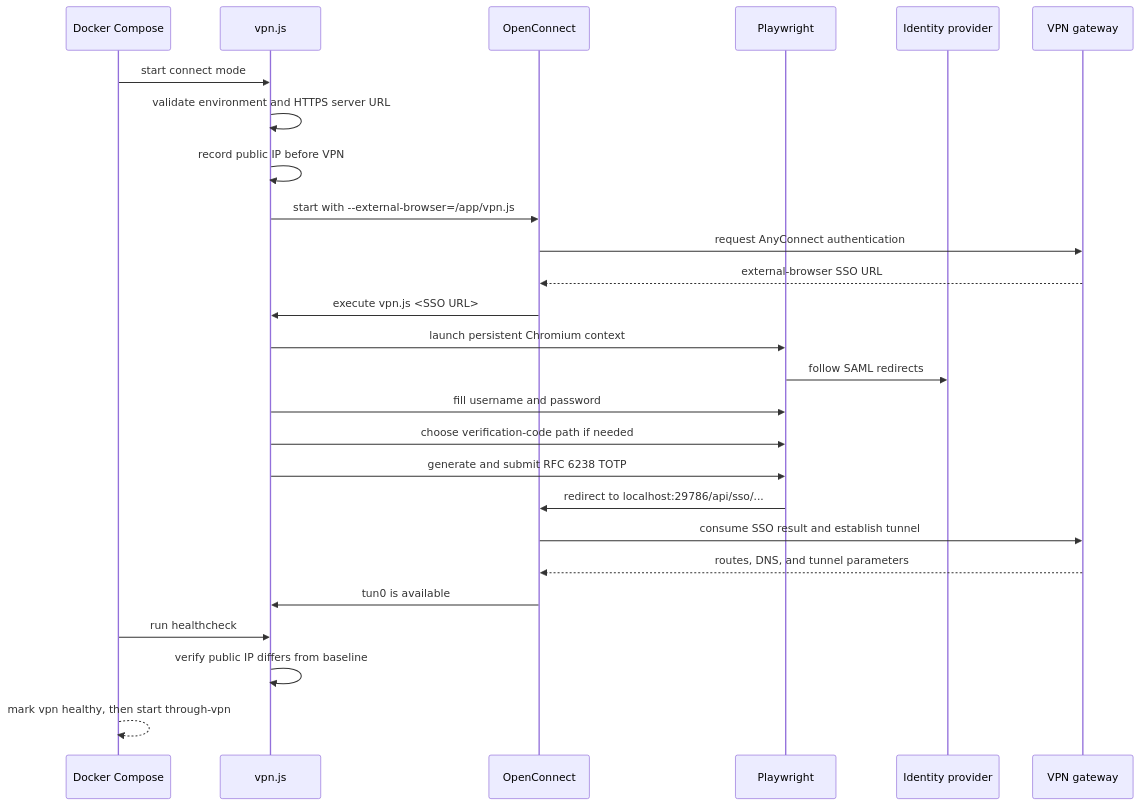
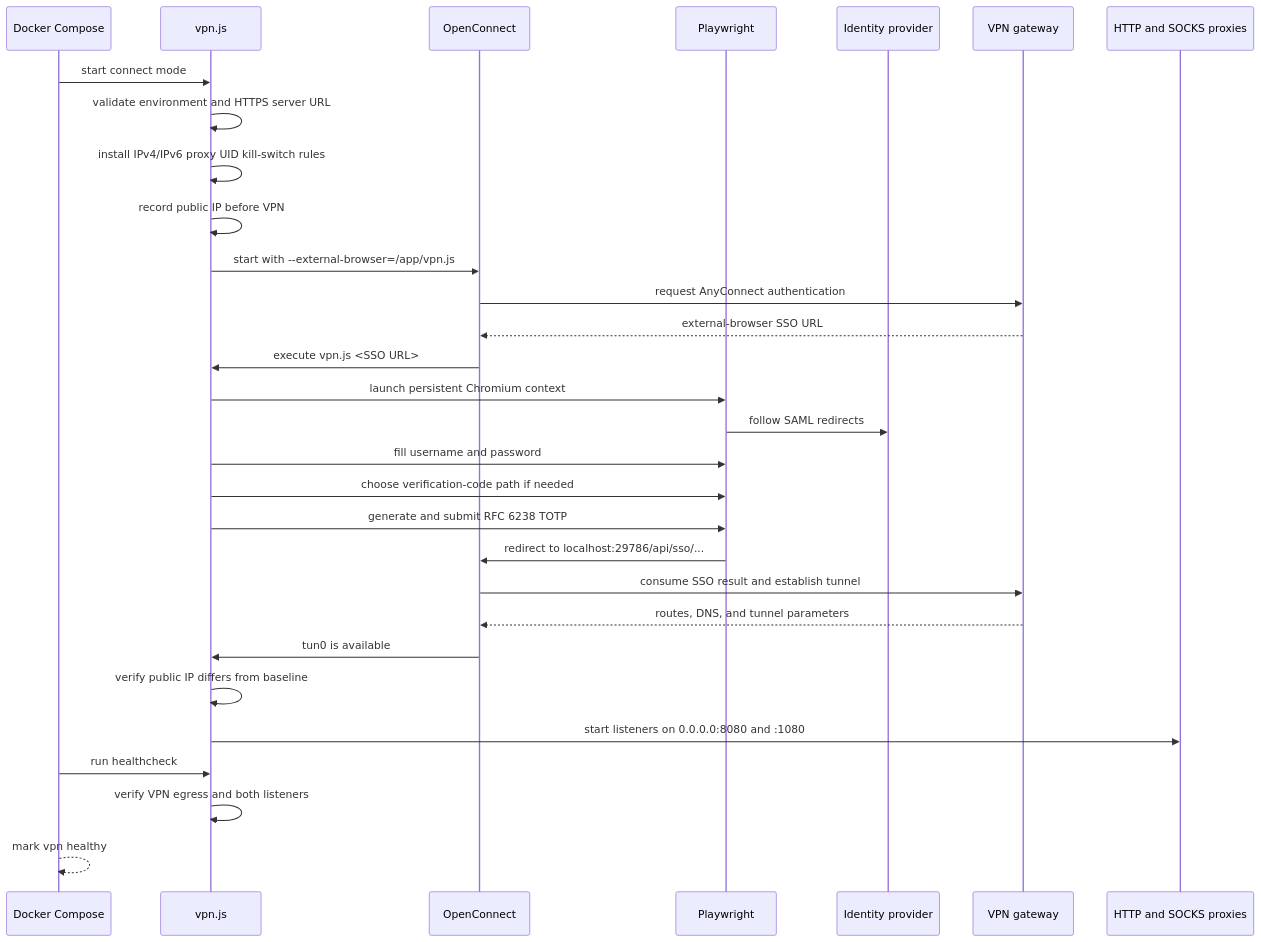
Before and after one commit to cjangrist/anyconnect-browser-auth: the second of 2 diagrams in with-compose/README.md, drawn with Mermaid. The commit also changed other lines of this file and 4 other files, not shown here.

Commit message:
feat(vpn): add fail-closed HTTP and SOCKS proxies

````diff
--- a/with-compose/README.md
+++ b/with-compose/README.md
@@ -83,29 +90,33 @@
 ```mermaid
 sequenceDiagram
     participant Compose as Docker Compose
     participant Supervisor as vpn.js
     participant OC as OpenConnect
     participant Browser as Playwright
     participant IdP as Identity provider
     participant Gateway as VPN gateway
+    participant Proxies as HTTP and SOCKS proxies
 
     Compose->>Supervisor: start connect mode
     Supervisor->>Supervisor: validate environment and HTTPS server URL
+    Supervisor->>Supervisor: install IPv4/IPv6 proxy UID kill-switch rules
     Supervisor->>Supervisor: record public IP before VPN
     Supervisor->>OC: start with --external-browser=/app/vpn.js
     OC->>Gateway: request AnyConnect authentication
     Gateway-->>OC: external-browser SSO URL
     OC->>Supervisor: execute vpn.js <SSO URL>
     Supervisor->>Browser: launch persistent Chromium context
     Browser->>IdP: follow SAML redirects
     Supervisor->>Browser: fill username and password
     Supervisor->>Browser: choose verification-code path if needed
     Supervisor->>Browser: generate and submit RFC 6238 TOTP
     Browser->>OC: redirect to localhost:29786/api/sso/...
     OC->>Gateway: consume SSO result and establish tunnel
     Gateway-->>OC: routes, DNS, and tunnel parameters
     OC->>Supervisor: tun0 is available
+    Supervisor->>Supervisor: verify public IP differs from baseline
+    Supervisor->>Proxies: start listeners on 0.0.0.0:8080 and :1080
     Compose->>Supervisor: run healthcheck
-    Supervisor->>Supervisor: verify public IP differs from baseline
-    Compose-->>Compose: mark vpn healthy, then start through-vpn
+    Supervisor->>Supervisor: verify VPN egress and both listeners
+    Compose-->>Compose: mark vpn healthy
 ```
````
